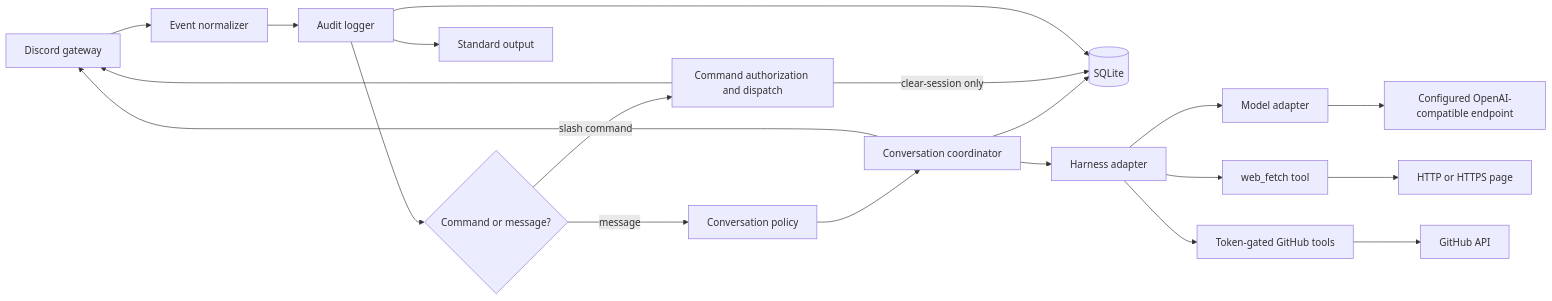
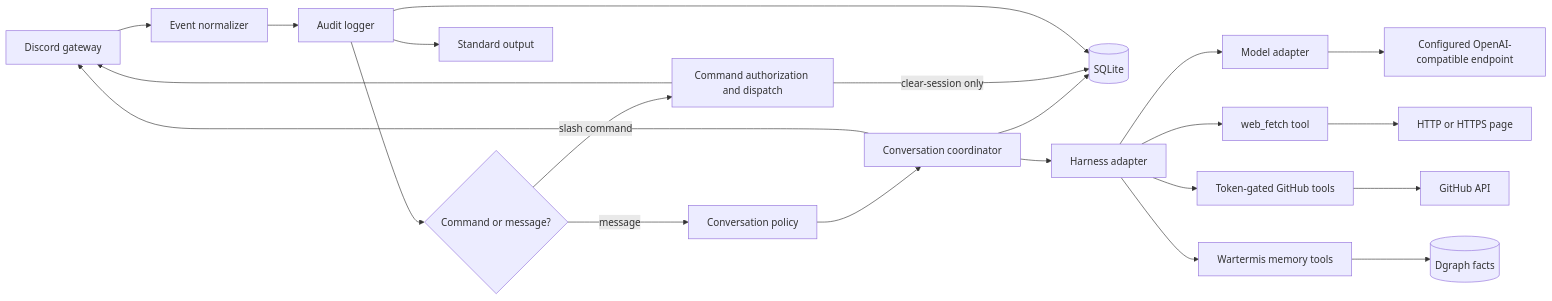
One commit to HSV-AI/artemis changed the diagram in design/rebuild-guide.md. Above: the diagram before and after it, drawn with Mermaid. The commit also changed other lines of this file and 20 other files, not shown here.

Commit message:
feat(memory): add Wartermis Dgraph tools

````diff
--- a/design/rebuild-guide.md
+++ b/design/rebuild-guide.md
@@ -42,22 +42,24 @@
 ```mermaid
 flowchart LR
     Discord[Discord gateway] --> Normalize[Event normalizer]
     Normalize --> Audit[Audit logger]
     Audit --> Route{Command or message?}
     Route -->|slash command| Commands[Command authorization and dispatch]
     Route -->|message| Policy[Conversation policy]
     Policy --> Sessions[Conversation coordinator]
     Sessions --> Store[(SQLite)]
     Sessions --> Harness[Harness adapter]
     Harness --> Model[Model adapter]
     Harness --> WebFetch[web_fetch tool]
     Harness --> GitHubTools[Token-gated GitHub tools]
+    Harness --> MemoryTools[Wartermis memory tools]
     WebFetch --> Web[HTTP or HTTPS page]
     GitHubTools --> GitHubAPI[GitHub API]
+    MemoryTools --> Dgraph[(Dgraph facts)]
     Model --> Provider[Configured OpenAI-compatible endpoint]
     Commands -- clear-session only --> Store
     Commands --> Discord
     Sessions --> Discord
     Audit --> Console[Standard output]
     Audit --> Store
 ```
````
